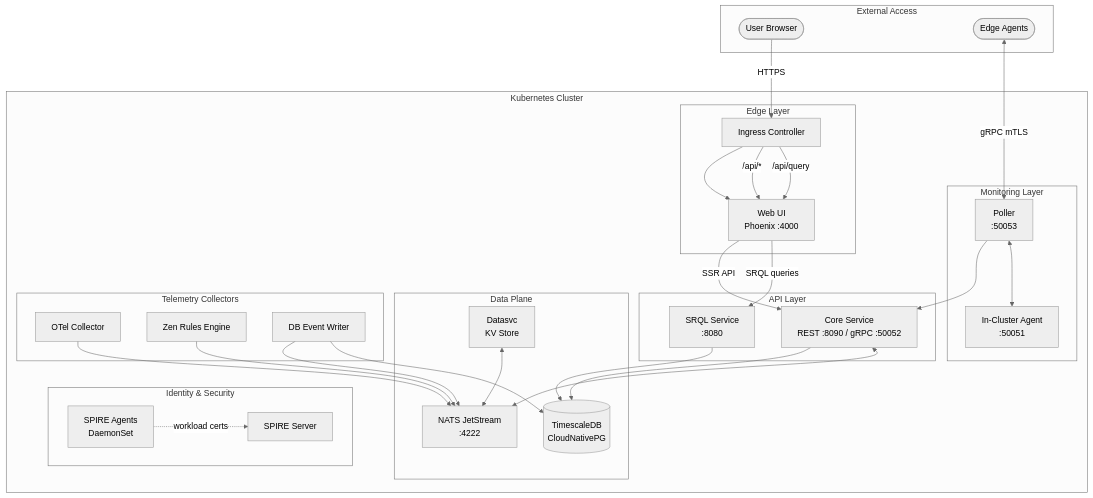
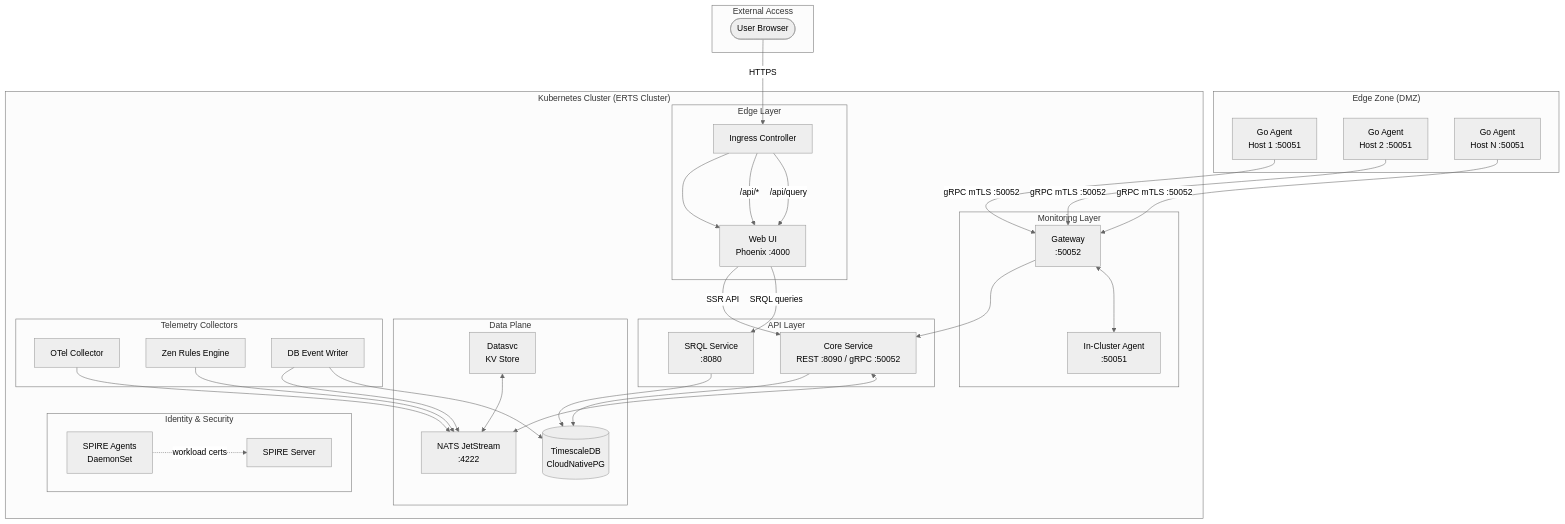
Before and after one commit to carverauto/serviceradar: the first of 7 diagrams in docs/docs/architecture.md, drawn with Mermaid (neutral theme). The commit also changed other lines of this file and 3267 other files, not shown here.

````diff
--- a/docs/docs/architecture.md
+++ b/docs/docs/architecture.md
@@ -12,69 +12,76 @@
 ```mermaid
 flowchart TB
     subgraph External["External Access"]
         User([User Browser])
-        EdgeAgent([Edge Agents])
     end
 
-    subgraph Cluster["Kubernetes Cluster"]
+    subgraph EdgeZone["Edge Zone (DMZ)"]
+        GA1[Go Agent<br/>Host 1 :50051]
+        GA2[Go Agent<br/>Host 2 :50051]
+        GAN[Go Agent<br/>Host N :50051]
+    end
+
+    subgraph Cluster["Kubernetes Cluster (ERTS Cluster)"]
         subgraph Ingress["Edge Layer"]
             ING[Ingress Controller]
             WEB[Web UI<br/>Phoenix :4000]
         end
 
         subgraph API["API Layer"]
             CORE[Core Service<br/>REST :8090 / gRPC :50052]
             SRQL[SRQL Service<br/>:8080]
         end
 
         subgraph Monitoring["Monitoring Layer"]
-            POLLER[Poller<br/>:50053]
+            GATEWAY[Gateway<br/>:50052]
             AGENT[In-Cluster Agent<br/>:50051]
         end
 
         subgraph DataPlane["Data Plane"]
             NATS[NATS JetStream<br/>:4222]
             DATASVC[Datasvc<br/>KV Store]
             CNPG[(TimescaleDB<br/>CloudNativePG)]
         end
 
         subgraph Collectors["Telemetry Collectors"]
             OTEL[OTel Collector]
             ZEN[Zen Rules Engine]
             DBWRITER[DB Event Writer]
         end
 
         subgraph Identity["Identity & Security"]
             SPIRE[SPIRE Server]
             SPIREAGENT[SPIRE Agents<br/>DaemonSet]
         end
     end
 
     %% User traffic flow
     User -->|HTTPS| ING
     ING --> WEB
     ING -->|/api/*| WEB
     ING -->|/api/query| WEB
     WEB -->|SSR API| CORE
     WEB -->|SRQL queries| SRQL
 
-    %% Edge agent flow
-    EdgeAgent <-->|gRPC mTLS| POLLER
+    %% Edge agent flow - gRPC only, no ERTS
+    GA1 -->|gRPC mTLS :50052| GATEWAY
+    GA2 -->|gRPC mTLS :50052| GATEWAY
+    GAN -->|gRPC mTLS :50052| GATEWAY
 
     %% Internal monitoring
-    POLLER --> CORE
-    POLLER <--> AGENT
+    GATEWAY --> CORE
+    GATEWAY <--> AGENT
 
     %% Data flow
     CORE --> CNPG
     SRQL --> CNPG
     CORE <--> NATS
     DATASVC <--> NATS
     OTEL --> NATS
     ZEN --> NATS
     DBWRITER --> NATS
     DBWRITER --> CNPG
 
     %% Identity (simplified - all services use SPIRE)
     SPIREAGENT -.->|workload certs| SPIRE
 ```
````
